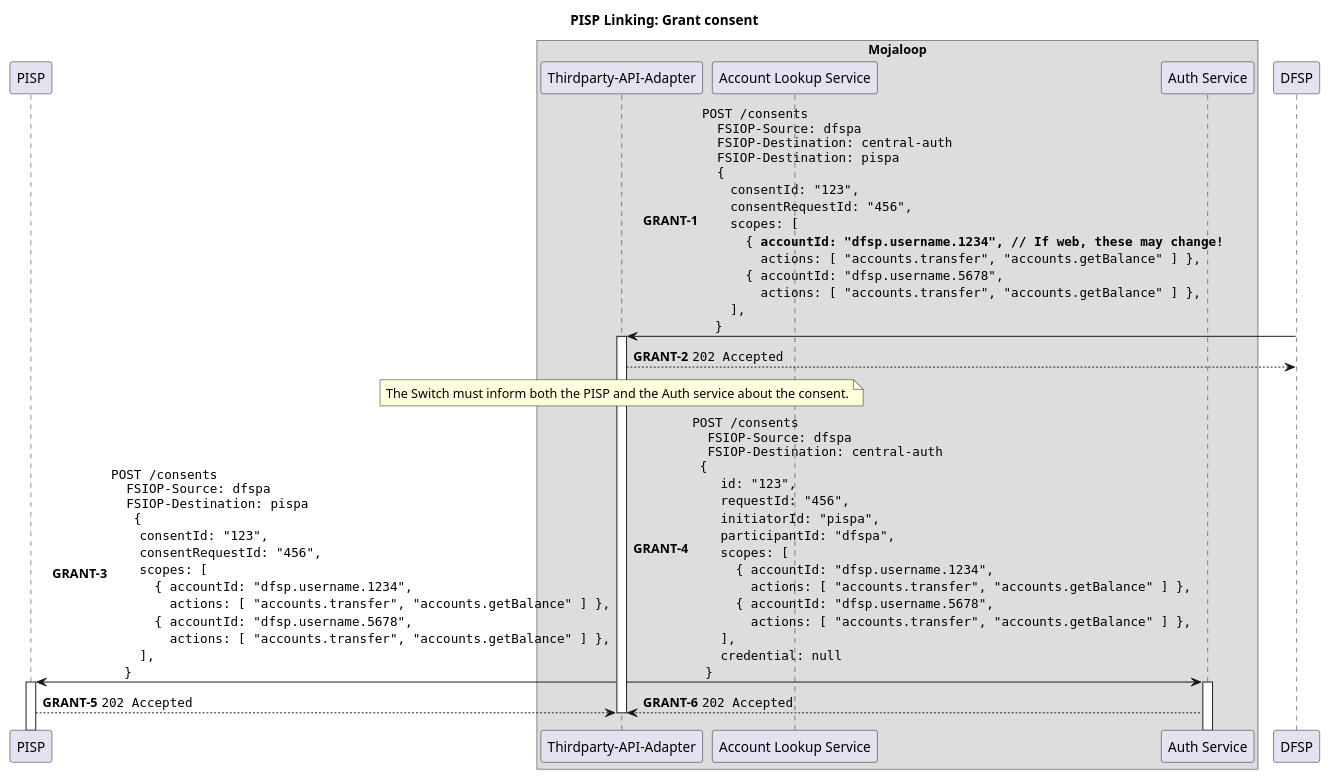
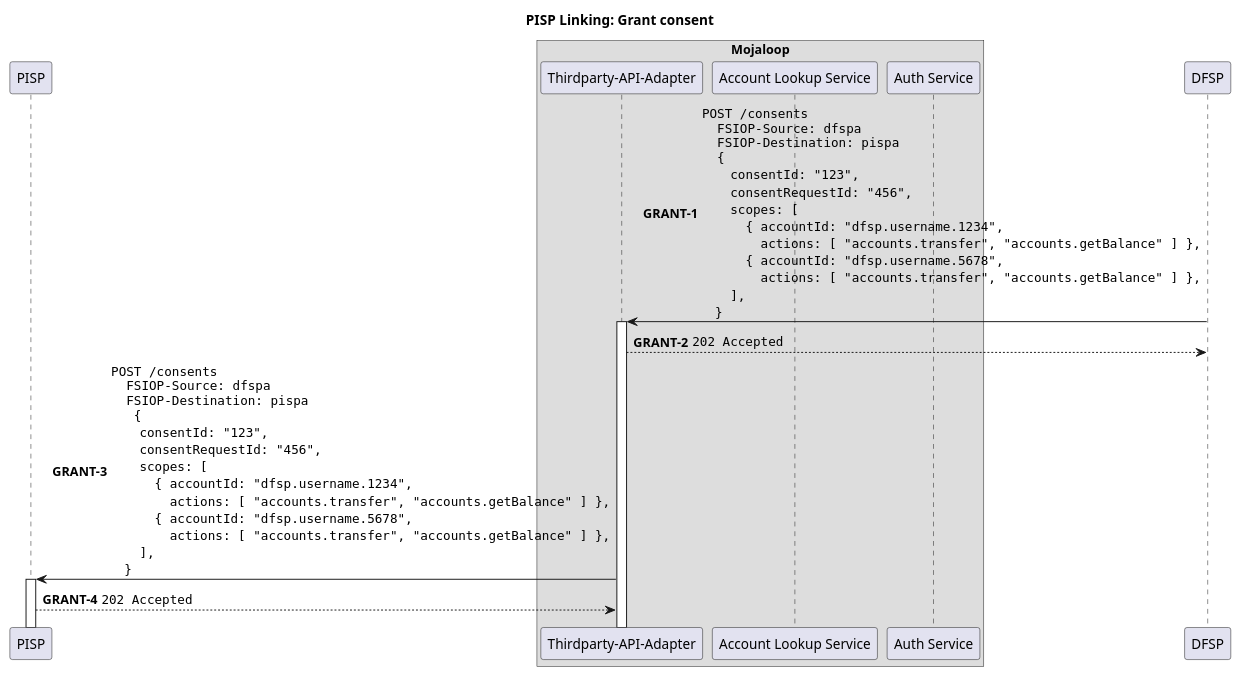
The diagram in docs/linking/4-grant-consent.puml (mojaloop/pisp-project), drawn with PlantUML before and after one commit. The commit also changed 14 other files, not shown here.

First line of the commit message:
feat: update sequence diagrams for draft v0.1 (#114)

```diff
--- a/docs/linking/4-grant-consent.puml
+++ b/docs/linking/4-grant-consent.puml
@@ -1,91 +1,51 @@
 @startuml
 
 !pragma teoz true
 
 title PISP Linking: Grant consent
 
 participant "PISP" as PISP
 
 box "Mojaloop"
     participant "Thirdparty-API-Adapter" as Switch
     participant "Account Lookup Service" as ALS
     participant "Auth Service" as Auth
 end box
 
 participant "DFSP" as DFSP
 
 autonumber 1 "<b>GRANT-#</b>"
 
 DFSP -> Switch ++: ""POST /consents""\n\
 ""  FSIOP-Source: dfspa""\n\
-""  FSIOP-Destination: central-auth""\n\
 ""  FSIOP-Destination: pispa""\n\
 ""  {""\n\
     ""  consentId: "123",""\n\
     ""  consentRequestId: "456",""\n\
     ""  scopes: [ ""\n\
-    ""    { **accountId: "dfsp.username.1234", // If web, these may change!**""\n\
+    ""    { accountId: "dfsp.username.1234",""\n\
     ""      actions: [ "accounts.transfer", "accounts.getBalance" ] },""\n\
     ""    { accountId: "dfsp.username.5678",""\n\
     ""      actions: [ "accounts.transfer", "accounts.getBalance" ] },""\n\
     ""  ],""\n\
     ""}""
 Switch --> DFSP: ""202 Accepted""
 deactivate DFSP
-
-note over Switch
-  The Switch must inform both the PISP and the Auth service about the consent.
-end note
 
 Switch -> PISP ++: ""POST /consents""\n\
 ""  FSIOP-Source: dfspa""\n\
 ""  FSIOP-Destination: pispa""\n\
 ""   {""\n\
     ""  consentId: "123",""\n\
     ""  consentRequestId: "456",""\n\
     ""  scopes: [ ""\n\
     ""    { accountId: "dfsp.username.1234",""\n\
     ""      actions: [ "accounts.transfer", "accounts.getBalance" ] },""\n\
     ""    { accountId: "dfsp.username.5678",""\n\
     ""      actions: [ "accounts.transfer", "accounts.getBalance" ] },""\n\
     ""  ],""\n\
     ""}""
-& Switch -> Auth ++: ""POST /consents""\n\
-""  FSIOP-Source: dfspa""\n\
-""  FSIOP-Destination: central-auth""\n\
-"" {""\n\
-    ""  id: "123",""\n\
-    ""  requestId: "456",""\n\
-    ""  initiatorId: "pispa",""\n\
-    ""  participantId: "dfspa",""\n\
-    ""  scopes: [ ""\n\
-    ""    { accountId: "dfsp.username.1234",""\n\
-    ""      actions: [ "accounts.transfer", "accounts.getBalance" ] },""\n\
-    ""    { accountId: "dfsp.username.5678",""\n\
-    ""      actions: [ "accounts.transfer", "accounts.getBalance" ] },""\n\
-    ""  ],""\n\
-    ""  credential: null""\n\
-    ""}""
 
 PISP --> Switch: ""202 Accepted""
-& Auth --> Switch: ""202 Accepted""
-
-' TODO: move this to the DFSP somwehere
-' also, we should be registering the party or something
-' note left of Auth
-'   As the owner of the consent, the Auth Service is
-'   responsible for updating the ALS
-' end note
-
-' Auth -> ALS: ""POST /participants/CONSENTS/123""\n\
-' ""  FSIOP-Source: central-auth""\n\
-' ""  FSIOP-Destination: Account Lookup""\n\
-' "" {""\n\
-'     ""  fspId: "central-auth",""\n\
-'   ""}""
-
-' ALS --> Auth:
-
-deactivate Switch
 
 @enduml
```
